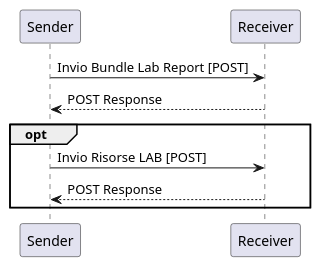
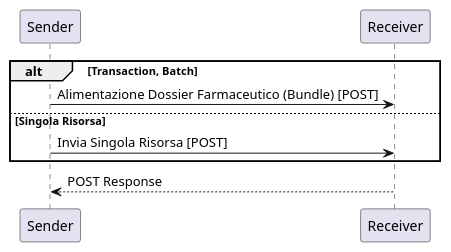
The diagram in input/images-source/alimentazione.plantuml (hl7-it/lab-report), drawn with PlantUML before and after one commit. The commit also changed 14 other files, not shown here.

```diff
--- a/input/images-source/alimentazione.plantuml
+++ b/input/images-source/alimentazione.plantuml
@@ -1,8 +1,8 @@
 @startuml
-Sender -> Receiver: Invio Bundle Lab Report [POST]
-Receiver --> Sender: POST Response
-opt
-Sender -> Receiver: Invio Risorse LAB [POST]
-Receiver --> Sender: POST Response
+alt Transaction, Batch
+    "Sender" -> "Receiver" : Alimentazione Dossier Farmaceutico (Bundle) [POST]
+else Singola Risorsa
+    "Sender" -> "Receiver" : Invia Singola Risorsa [POST]
 end
+    "Receiver" --> "Sender" : POST Response
 @enduml
```
